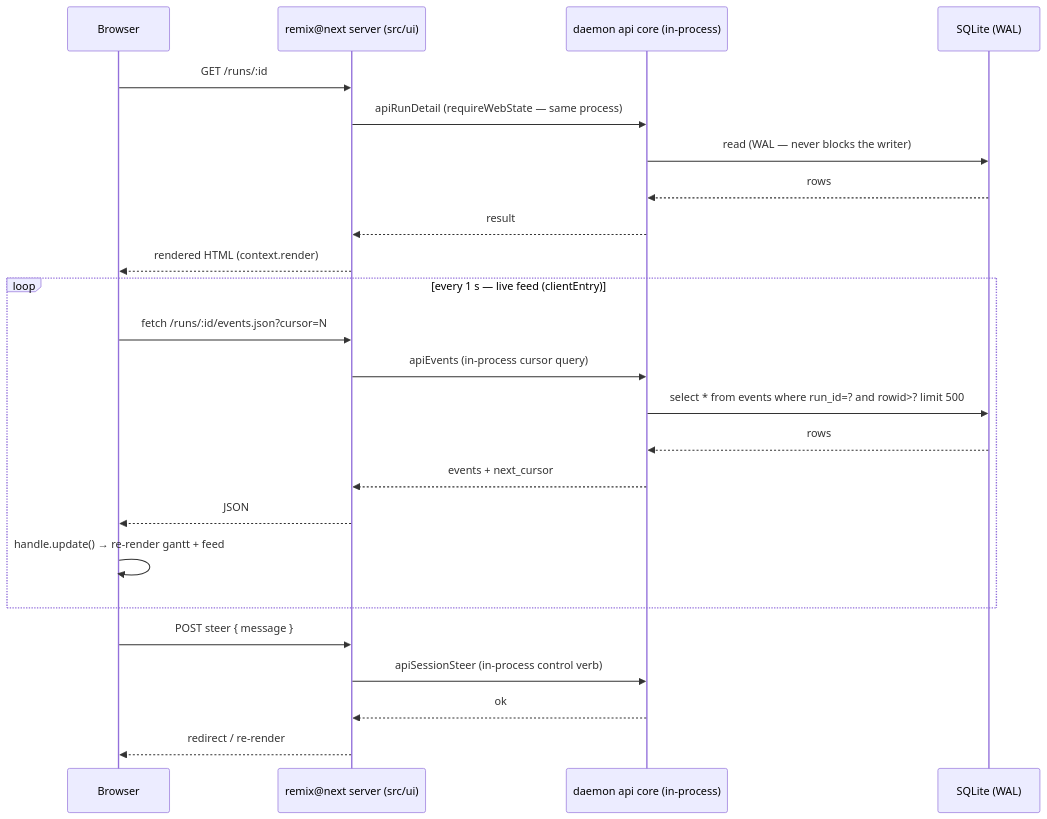
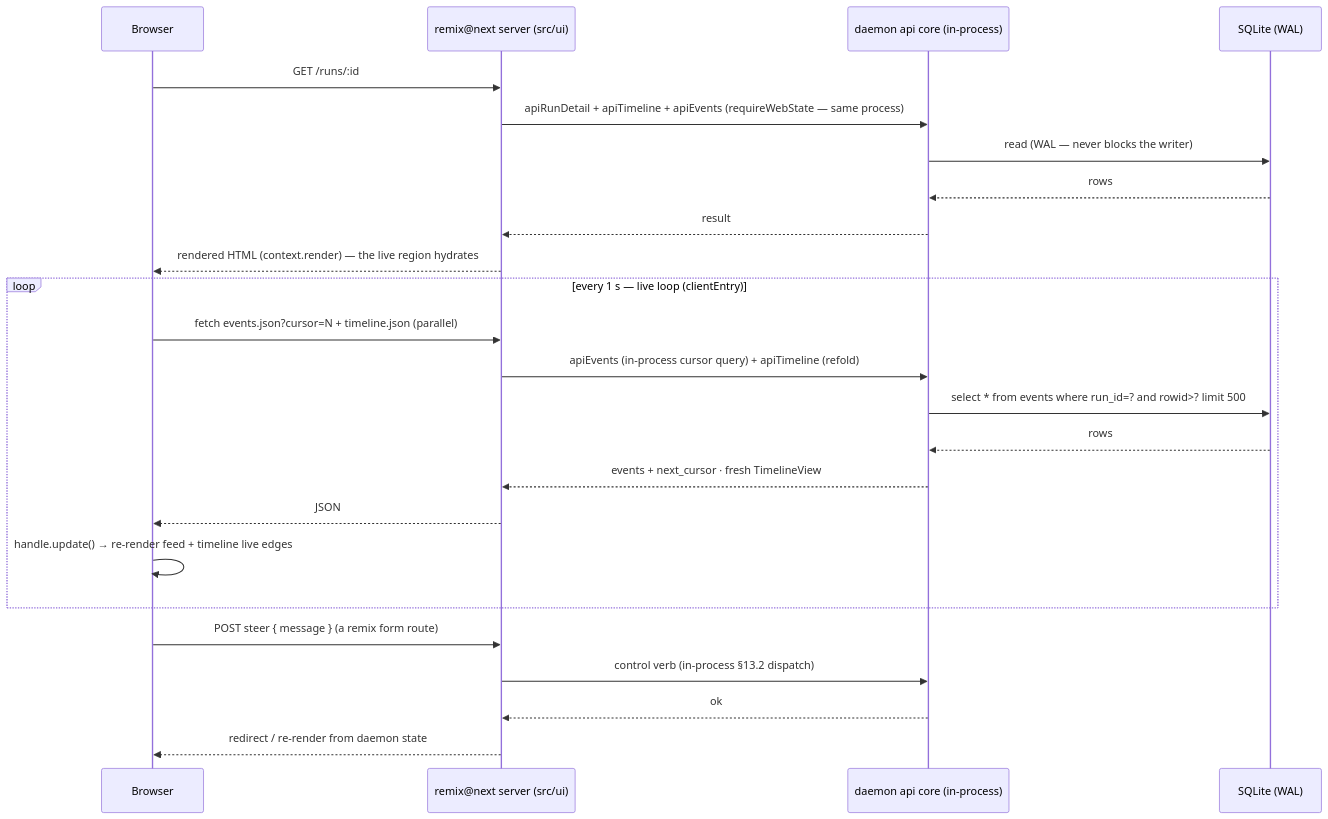
The second of 2 diagrams in docs/spec/05-ui-dashboard.md (trevor-atlas/showrunner), drawn with Mermaid before and after one commit. The commit also changed other lines of this file and 41 other files, not shown here.

````diff
--- a/docs/spec/05-ui-dashboard.md
+++ b/docs/spec/05-ui-dashboard.md
@@ -84,26 +90,26 @@
 ```mermaid
 sequenceDiagram
     participant B as Browser
     participant U as remix@next server (src/ui)
     participant C as daemon api core (in-process)
     participant S as SQLite (WAL)
     B->>U: GET /runs/:id
-    U->>C: apiRunDetail (requireWebState — same process)
+    U->>C: apiRunDetail + apiTimeline + apiEvents (requireWebState — same process)
     C->>S: read (WAL — never blocks the writer)
     S-->>C: rows
     C-->>U: result
-    U-->>B: rendered HTML (context.render)
-    loop every 1 s — live feed (clientEntry)
-        B->>U: fetch /runs/:id/events.json?cursor=N
-        U->>C: apiEvents (in-process cursor query)
+    U-->>B: rendered HTML (context.render) — the live region hydrates
+    loop every 1 s — live loop (clientEntry)
+        B->>U: fetch events.json?cursor=N + timeline.json (parallel)
+        U->>C: apiEvents (in-process cursor query) + apiTimeline (refold)
         C->>S: select * from events where run_id=? and rowid>? limit 500
         S-->>C: rows
-        C-->>U: events + next_cursor
+        C-->>U: events + next_cursor · fresh TimelineView
         U-->>B: JSON
-        B->>B: handle.update() → re-render gantt + feed
+        B->>B: handle.update() → re-render feed + timeline live edges
     end
-    B->>U: POST steer { message }
-    U->>C: apiSessionSteer (in-process control verb)
+    B->>U: POST steer { message } (a remix form route)
+    U->>C: control verb (in-process §13.2 dispatch)
     C-->>U: ok
-    U-->>B: redirect / re-render
+    U-->>B: redirect / re-render from daemon state
 ```
````
